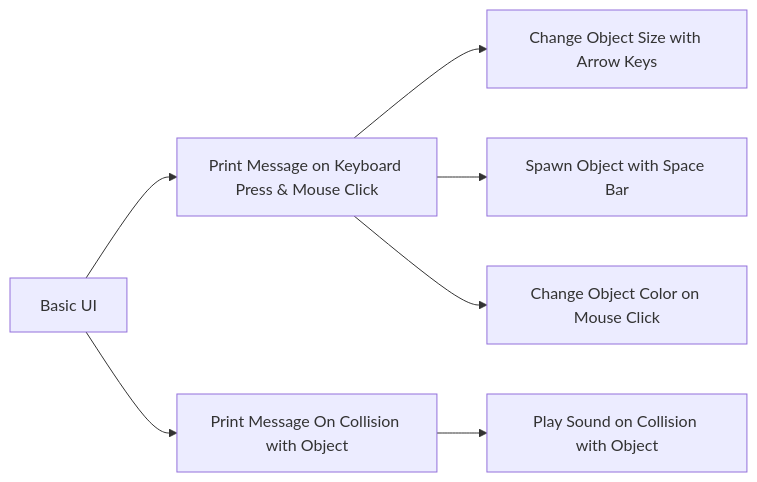
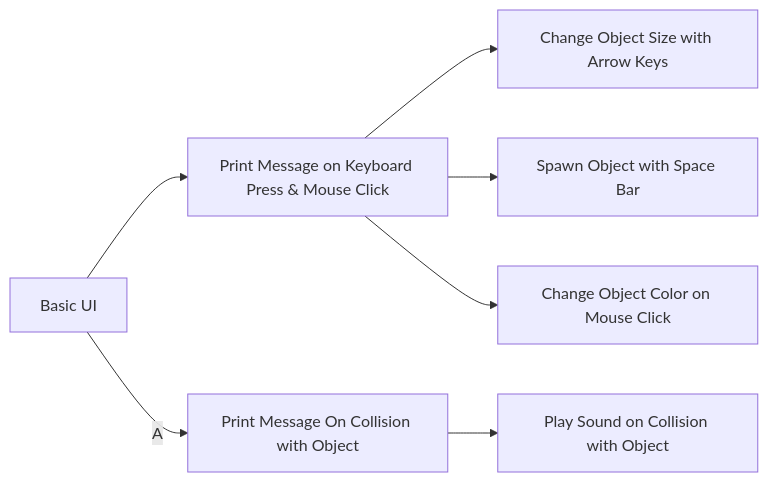
One commit to learninglab-dev/the-resources changed the diagram in data/work/realityLab-unity-scripting-tutorials.md. Above: the diagram before and after it, drawn with Mermaid. The commit also changed other lines of this file, not shown here.

Commit message:
data/work/realityLab-unity-scripting-tutorials.md updated from https://stackedit.io/

````diff
--- a/data/work/realityLab-unity-scripting-tutorials.md
+++ b/data/work/realityLab-unity-scripting-tutorials.md
@@ -10,11 +10,12 @@
 ```mermaid
 graph LR
 A[Basic UI] --> B[Print Message on Keyboard Press & Mouse Click]
+A --
 A --> C[Print Message On Collision with Object]
 B --> D[Change Object Size with Arrow Keys]
-B --> G[Spawn Object with Space Bar]
-B --> E[Change Object Color on Mouse Click]
-C --> F[Play Sound on Collision with Object]
+B --> E[Spawn Object with Space Bar]
+B --> F[Change Object Color on Mouse Click]
+C --> G[Play Sound on Collision with Object]
 
 
 ```
````
